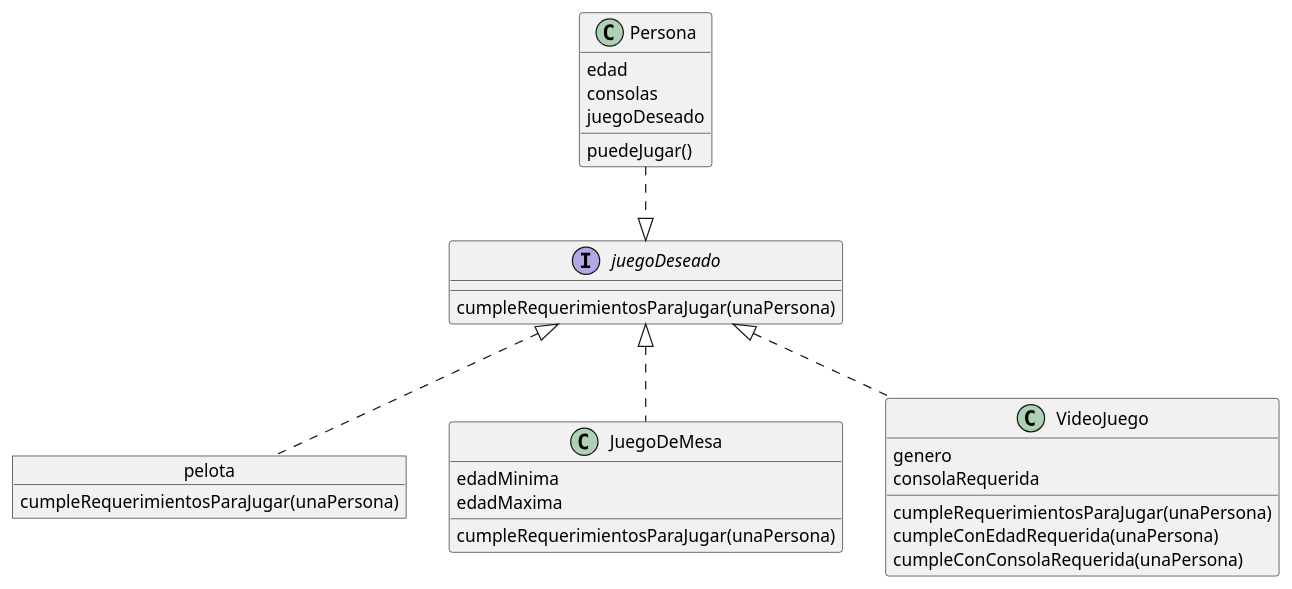
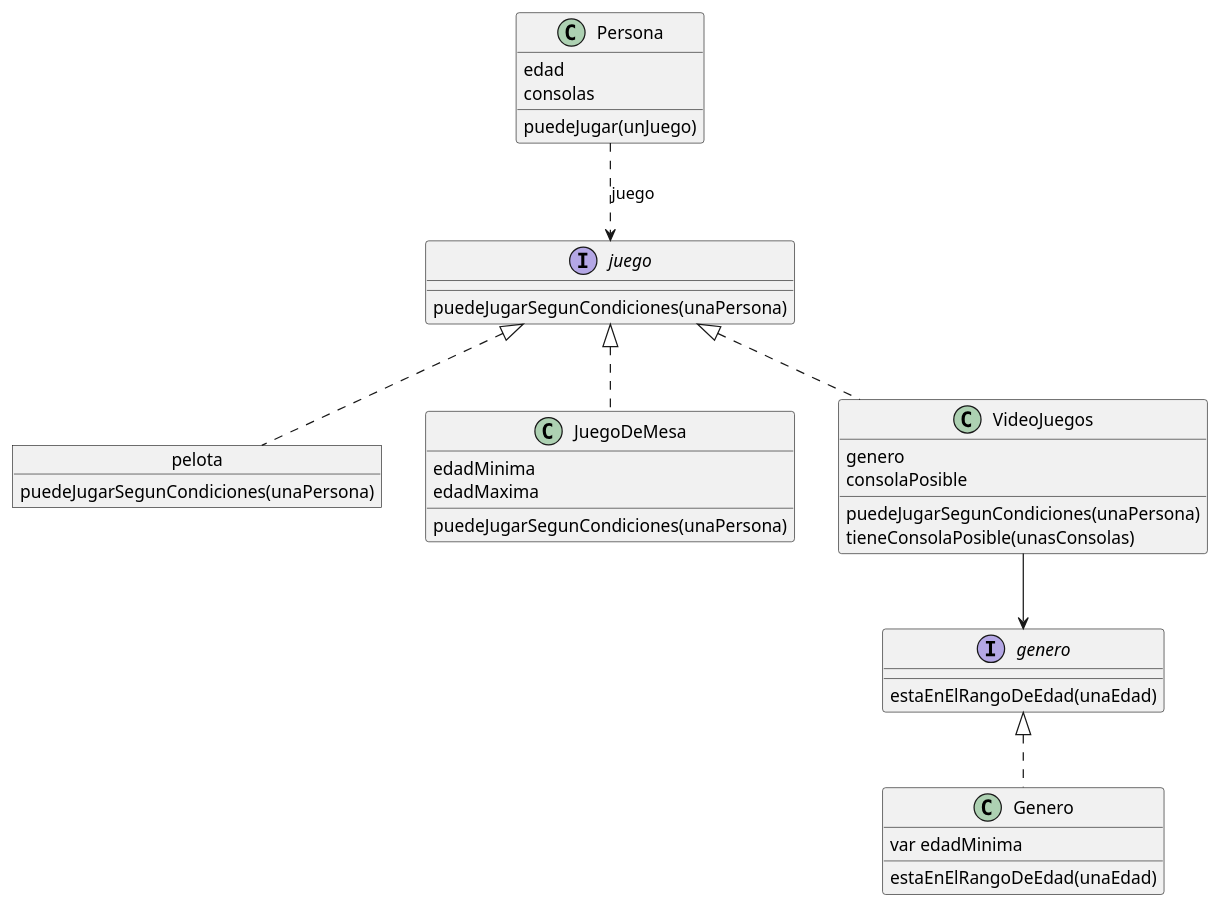
One commit to gonzivaser/Paradigmas-UTN changed the diagram in Finales/Final 17-12-2022/Objetos/diagrama.plantuml. Above: the diagram before and after it, drawn with PlantUML. The commit also changed 6 other files, not shown here.

```diff
--- a/Finales/Final 17-12-2022/Objetos/diagrama.plantuml
+++ b/Finales/Final 17-12-2022/Objetos/diagrama.plantuml
@@ -1,42 +1,50 @@
 @startuml diagrama
 
-class Persona {
+Class Persona {
     edad
     consolas
-    juegoDeseado
 
-    puedeJugar()
+    puedeJugar(unJuego)
+}
+
+interface juego {
+    puedeJugarSegunCondiciones(unaPersona)
 }
 
 object pelota {
-    cumpleRequerimientosParaJugar(unaPersona)
+    puedeJugarSegunCondiciones(unaPersona)
 }
 
-class JuegoDeMesa {
-    edadMinima
-    edadMaxima
+Class JuegoDeMesa {
+    edadMinima 
+    edadMaxima 
 
-    cumpleRequerimientosParaJugar(unaPersona)
+    puedeJugarSegunCondiciones(unaPersona)
 }
 
-class VideoJuego {
+Class VideoJuegos {
     genero
-    consolaRequerida
+    consolaPosible
 
-    cumpleRequerimientosParaJugar(unaPersona)
-    cumpleConEdadRequerida(unaPersona)
-    cumpleConConsolaRequerida(unaPersona)
+    puedeJugarSegunCondiciones(unaPersona)
+    tieneConsolaPosible(unasConsolas) 
 }
 
-interface juegoDeseado {
-    cumpleRequerimientosParaJugar(unaPersona)
+interface genero {
+    estaEnElRangoDeEdad(unaEdad)
 }
 
-Persona ..|> juegoDeseado
-pelota .u.|> juegoDeseado
-JuegoDeMesa .u.|> juegoDeseado
-VideoJuego .u.|> juegoDeseado
+Class Genero {
+    var edadMinima
 
+    estaEnElRangoDeEdad(unaEdad)
+}
 
+Persona ..> juego : juego
+pelota .u.|> juego
+JuegoDeMesa .u.|> juego
+VideoJuegos .u.|> juego
+VideoJuegos --> genero
+Genero .u.|> genero
 
 @enduml
```
